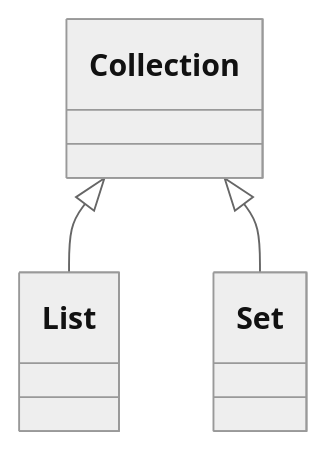
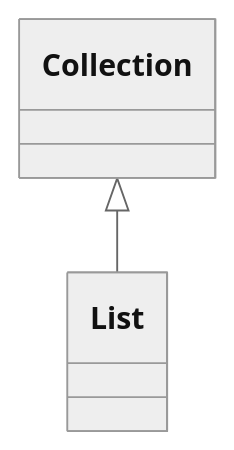
Before and after one commit to anchung/ob-technical: the diagram in src/site/notes/Books/2024/Java In a Nutshell/Chapter 8 - Working with Java Collections 1.md, drawn with Mermaid (neutral theme).

Commit message:
Published multiple files

````diff
--- a/src/site/notes/Books/2024/Java In a Nutshell/Chapter 8 - Working with Java Collections 1.md
+++ b/src/site/notes/Books/2024/Java In a Nutshell/Chapter 8 - Working with Java Collections 1.md
@@ -9,8 +9,4 @@
 ```mermaid
 classDiagram
-
 Collection <|-- List
-Collection <|-- Set
-
-
 ```
````
